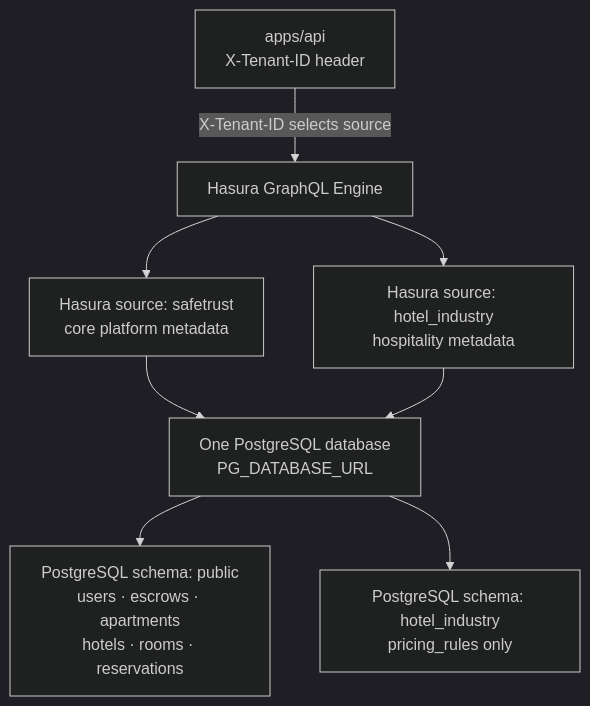
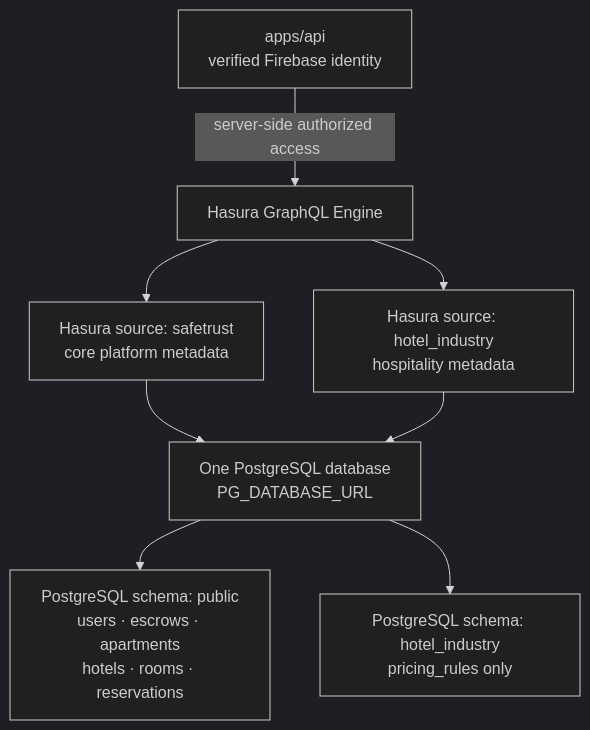
The diagram in docs/architecture/multi-tenant.md (safetrustcr/dApp-SafeTrust), drawn with Mermaid (dark theme) before and after one commit. The commit also changed other lines of this file and 31 other files, not shown here.

Commit message:
feat(hotel-industry): replace hotel dashboard mocks with tenant-scoped Hasura data Closes 482

````diff
--- a/docs/architecture/multi-tenant.md
+++ b/docs/architecture/multi-tenant.md
@@ -11,18 +11,18 @@
 ```mermaid
 graph TD
-    API["apps/api\nX-Tenant-ID header"]
+    API["apps/api\nverified Firebase identity"]
     Hasura["Hasura GraphQL Engine"]
     ST["Hasura source: safetrust\ncore platform metadata"]
     HI["Hasura source: hotel_industry\nhospitality metadata"]
     DB["One PostgreSQL database\nPG_DATABASE_URL"]
     Public["PostgreSQL schema: public\nusers · escrows · apartments\nhotels · rooms · reservations"]
     Hotel["PostgreSQL schema: hotel_industry\npricing_rules only"]
 
-    API -->|"X-Tenant-ID selects source"| Hasura
+    API -->|"server-side authorized access"| Hasura
     Hasura --> ST
     Hasura --> HI
     ST --> DB
     HI --> DB
     DB --> Public
     DB --> Hotel
 ```
````
